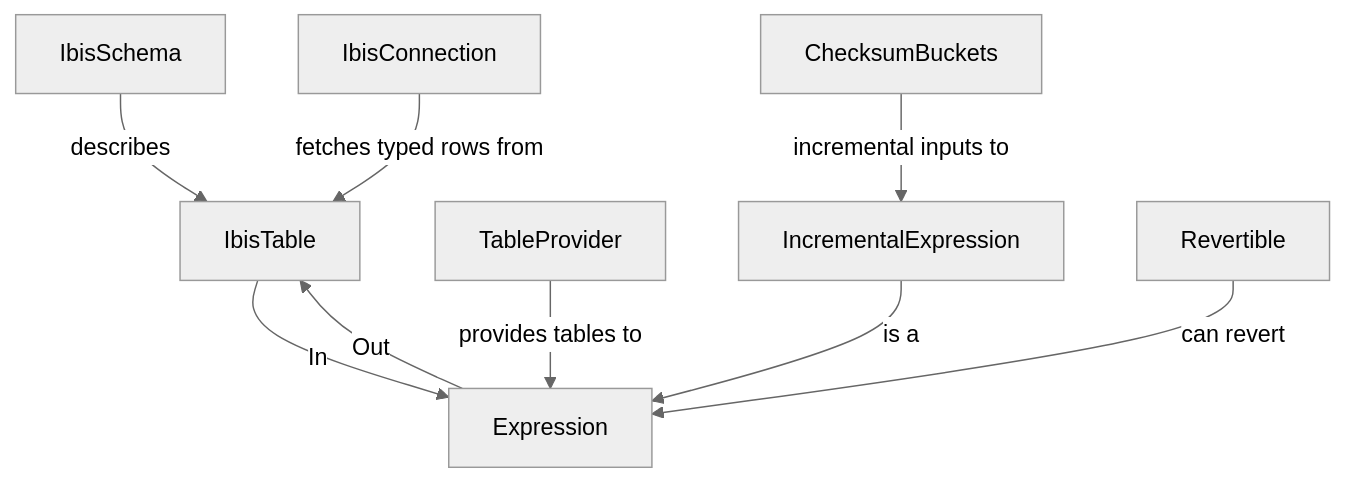
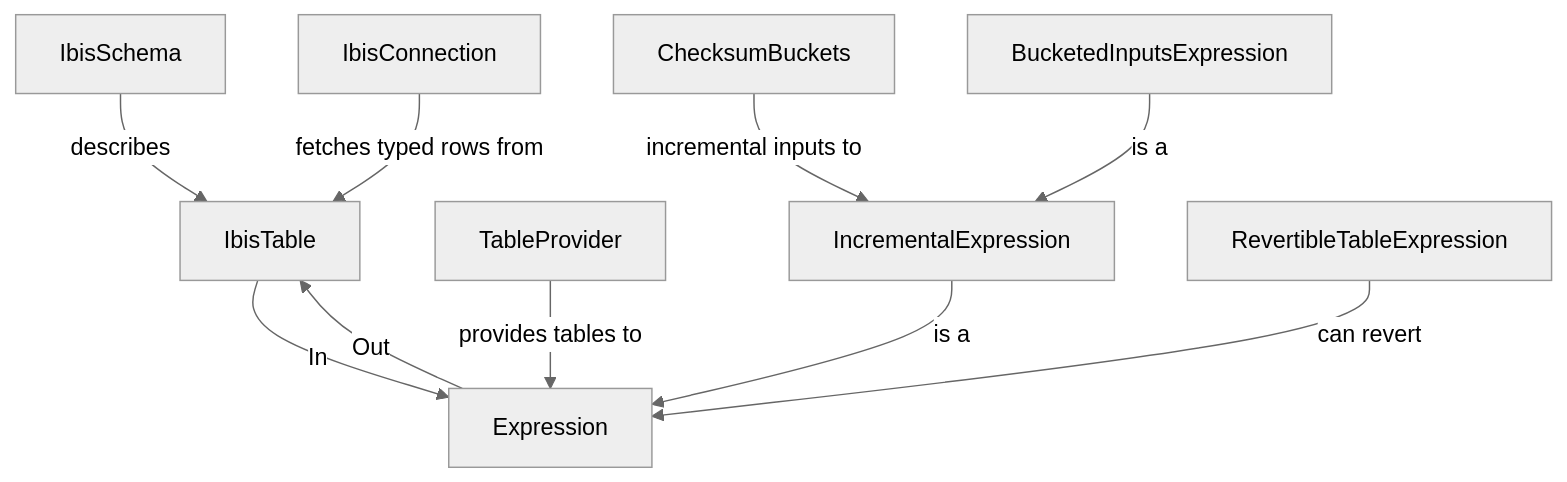
The diagram in README.md (FortnoxAB/ibis-typing), drawn with Mermaid (neutral theme) before and after one commit. The commit also changed other lines of this file, not shown here.

````diff
--- a/README.md
+++ b/README.md
@@ -91,11 +95,12 @@
 ```mermaid
 graph TD
     IbisSchema -->|describes| IbisTable
     IbisTable -->|In| Expression
     Expression -->|Out| IbisTable
     TableProvider -->|provides tables to| Expression
     IbisConnection -->|fetches typed rows from| IbisTable
     ChecksumBuckets -->|incremental inputs to| IncrementalExpression
     IncrementalExpression -->|is a| Expression
-    Revertible -->|can revert| Expression
+    BucketedInputsExpression -->|is a| IncrementalExpression
+    RevertibleTableExpression -->|can revert| Expression
 ```
````
